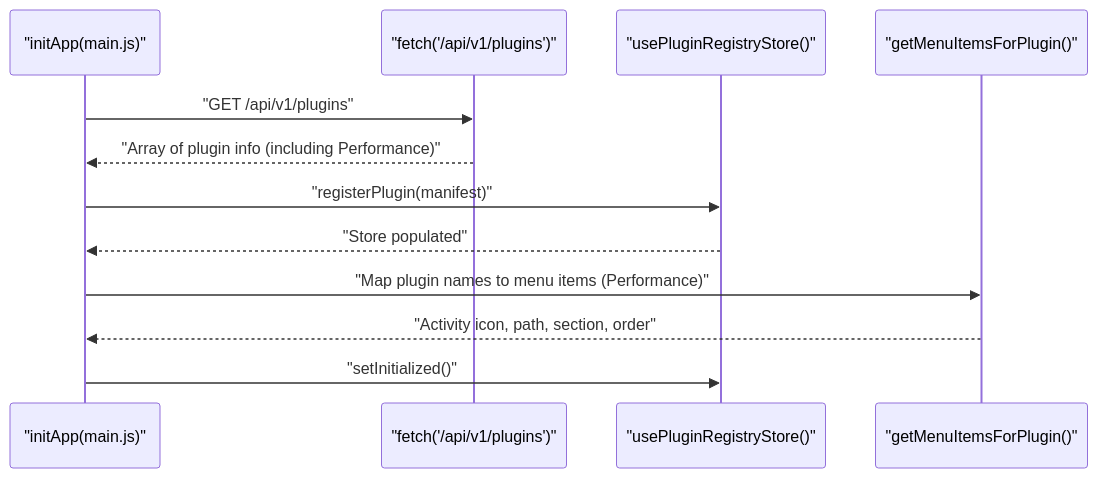
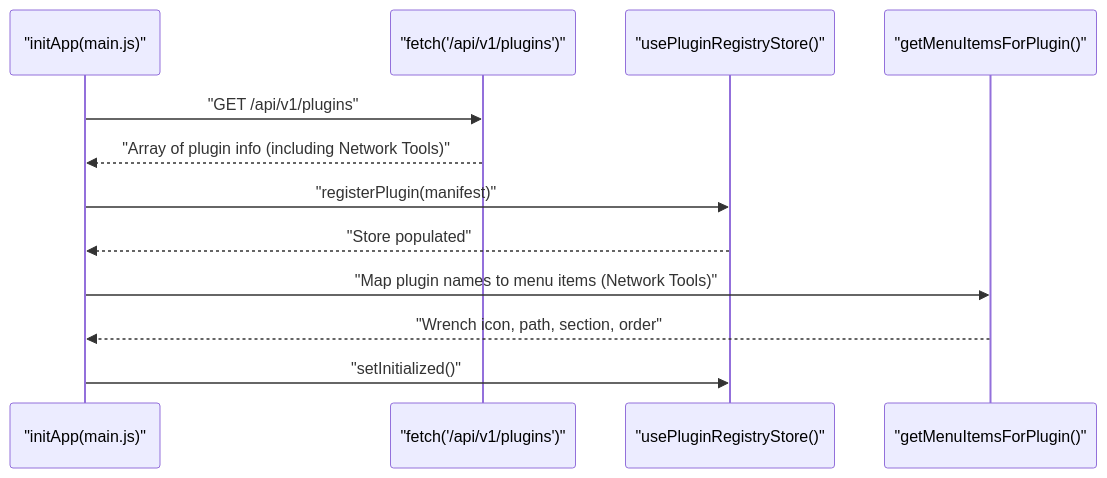
The sixth of 11 diagrams in .qoder/repowiki/en/content/Plugin System Architecture/Frontend Plugin Integration.md (Nikita5543/New-SSO-02), drawn with Mermaid before and after one commit. The commit also changed other lines of this file and 6 other files, not shown here.

````diff
--- a/.qoder/repowiki/en/content/Plugin System Architecture/Frontend Plugin Integration.md
+++ b/.qoder/repowiki/en/content/Plugin System Architecture/Frontend Plugin Integration.md
@@ -282,14 +299,14 @@
 ```mermaid
 sequenceDiagram
 participant Init as "initApp(main.js)"
 participant Fetch as "fetch('/api/v1/plugins')"
 participant Reg as "usePluginRegistryStore()"
 participant Menu as "getMenuItemsForPlugin()"
 Init->>Fetch : "GET /api/v1/plugins"
-Fetch-->>Init : "Array of plugin info (including Performance)"
+Fetch-->>Init : "Array of plugin info (including Network Tools)"
 Init->>Reg : "registerPlugin(manifest)"
 Reg-->>Init : "Store populated"
-Init->>Menu : "Map plugin names to menu items (Performance)"
-Menu-->>Init : "Activity icon, path, section, order"
+Init->>Menu : "Map plugin names to menu items (Network Tools)"
+Menu-->>Init : "Wrench icon, path, section, order"
 Init->>Reg : "setInitialized()"
 ```
````
